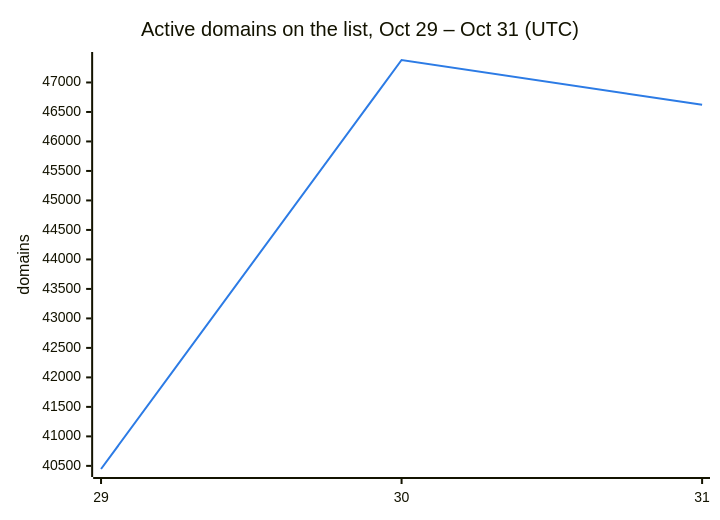
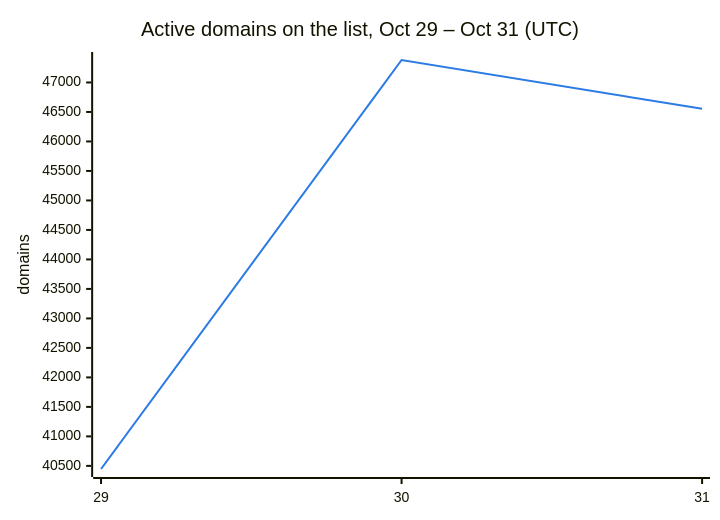
Before and after one commit to DNSBunker/CTI: the second of 3 diagrams in README.md, drawn with Mermaid. The commit also changed other lines of this file and 3 other files, not shown here.

````diff
--- a/README.md
+++ b/README.md
@@ -38,8 +38,8 @@
 ```mermaid
 %%{init: {"themeVariables": {"xyChart": {"plotColorPalette": "#2c7be5"}}}}%%
 xychart-beta
     title "Active domains on the list, Oct 29 – Oct 31 (UTC)"
     x-axis ["29", "30", "31"]
     y-axis "domains"
-    line [40447, 47381, 46623]
+    line [40447, 47381, 46554]
 ```
````
